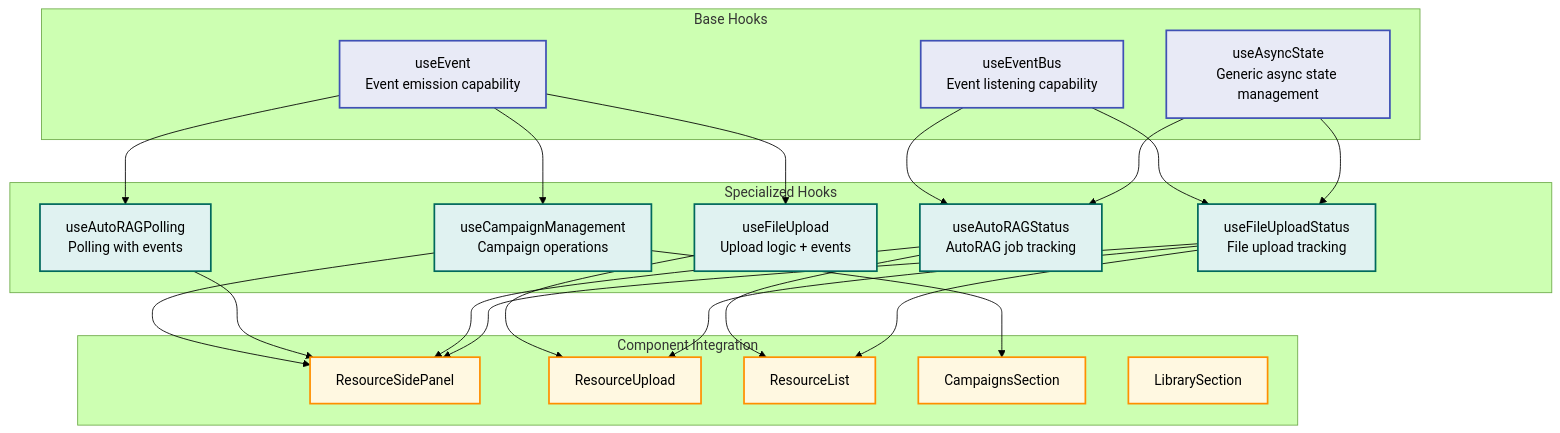
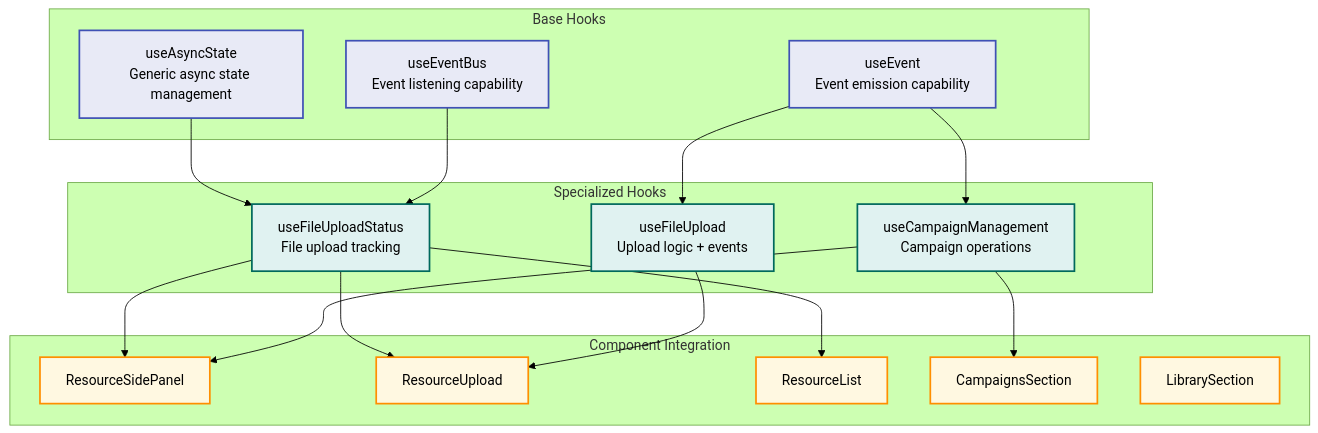
Before and after one commit to ofisk/loresmith-ai: the fourth of 5 diagrams in docs/EVENT_BUS_ARCHITECTURE.md, drawn with Mermaid (forest theme). The commit also changed other lines of this file and 73 other files, not shown here.

First line of the commit message:
Remove AutoRAG system and replace with generic RAG implementation (#246)

````diff
--- a/docs/EVENT_BUS_ARCHITECTURE.md
+++ b/docs/EVENT_BUS_ARCHITECTURE.md
@@ -187,53 +158,45 @@
 ```mermaid
 graph TB
     subgraph "Base Hooks"
         UAS[useAsyncState<br/>Generic async state management]
         UEE[useEvent<br/>Event emission capability]
         UEB[useEventBus<br/>Event listening capability]
     end
 
     subgraph "Specialized Hooks"
         UFUS[useFileUploadStatus<br/>File upload tracking]
-        UARS[useAutoRAGStatus<br/>AutoRAG job tracking]
-        UAP[useAutoRAGPolling<br/>Polling with events]
         UFU[useFileUpload<br/>Upload logic + events]
         UCM[useCampaignManagement<br/>Campaign operations]
     end
 
     subgraph "Component Integration"
         RSP[ResourceSidePanel]
         RU[ResourceUpload]
         RL[ResourceList]
         CS[CampaignsSection]
         LS[LibrarySection]
     end
 
     %% Base to Specialized
     UAS --> UFUS
-    UAS --> UARS
-    UEE --> UAP
     UEE --> UFU
     UEE --> UCM
     UEB --> UFUS
-    UEB --> UARS
 
     %% Specialized to Components
     UFUS --> RSP
     UFUS --> RU
     UFUS --> RL
-    UARS --> RSP
-    UARS --> RL
-    UAP --> RSP
     UFU --> RU
     UCM --> RSP
     UCM --> CS
 
     %% Styling
     classDef baseHook fill:#e8eaf6,stroke:#3f51b5,stroke-width:2px
     classDef specializedHook fill:#e0f2f1,stroke:#00695c,stroke-width:2px
     classDef component fill:#fff8e1,stroke:#ff8f00,stroke-width:2px
 
     class UAS,UEE,UEB baseHook
-    class UFUS,UARS,UAP,UFU,UCM specializedHook
+    class UFUS,UFU,UCM specializedHook
     class RSP,RU,RL,CS,LS component
 ```
````
